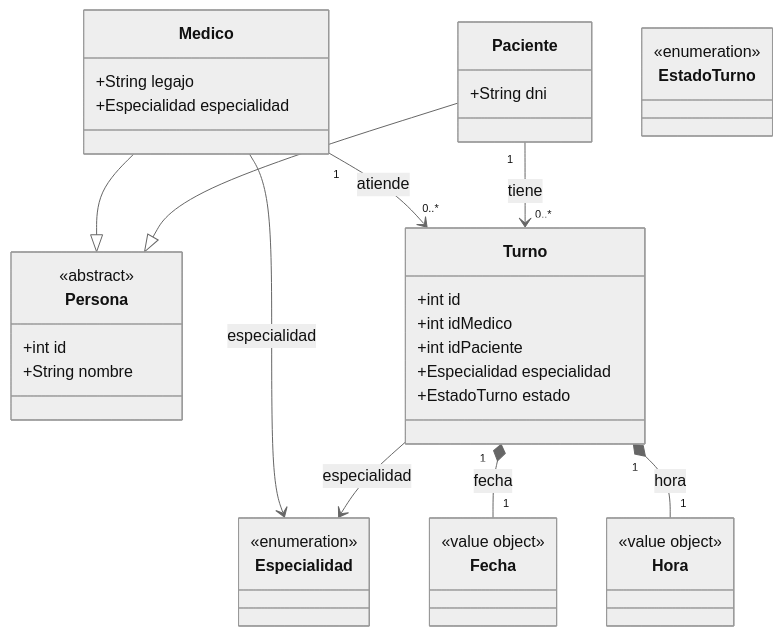
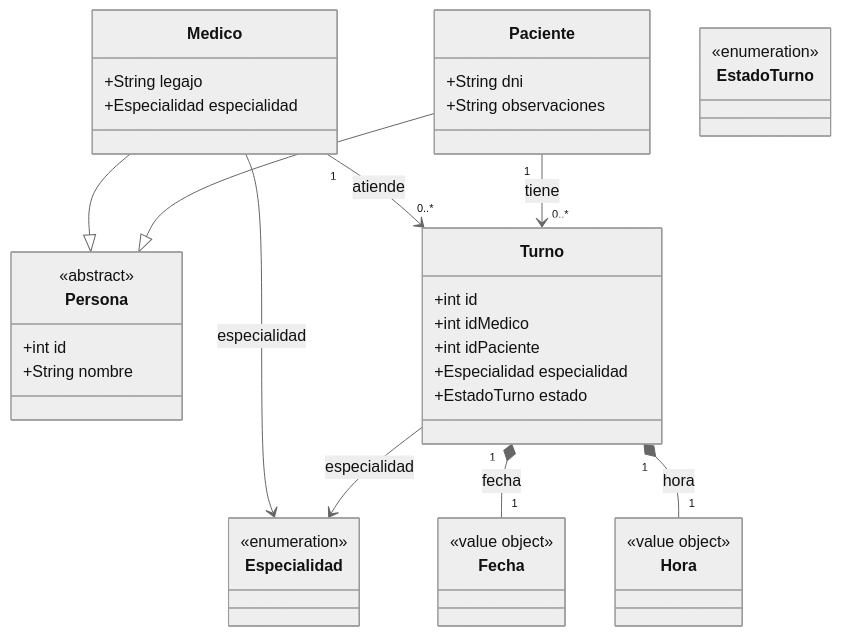
The diagram in README.md (adrianbeep/final-ingenieria-software), drawn with Mermaid (neutral theme) before and after one commit. The commit also changed other lines of this file, not shown here.

````diff
--- a/README.md
+++ b/README.md
@@ -15,35 +15,36 @@
 ```mermaid
 classDiagram
     direction TB
     class Persona {
         <<abstract>>
         +int id
         +String nombre
     }
     class Medico {
         +String legajo
         +Especialidad especialidad
     }
     class Paciente {
         +String dni
+        +String observaciones
     }
     class Turno {
         +int id
         +int idMedico
         +int idPaciente
         +Especialidad especialidad
         +EstadoTurno estado
     }
     class Especialidad { <<enumeration>> }
     class EstadoTurno { <<enumeration>> }
     class Fecha { <<value object>> }
     class Hora { <<value object>> }
     Medico --|> Persona
     Paciente --|> Persona
     Medico --> Especialidad : especialidad
     Turno --> Especialidad : especialidad
     Medico "1" --> "0..*" Turno : atiende
     Paciente "1" --> "0..*" Turno :tiene
     Turno "1" *-- "1" Fecha : fecha
     Turno "1" *-- "1" Hora : hora
 ```
````
